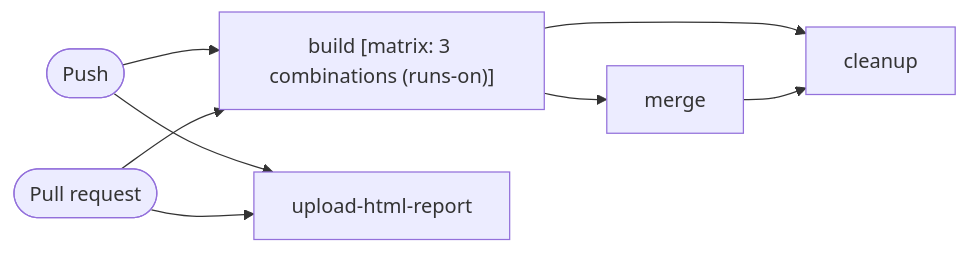
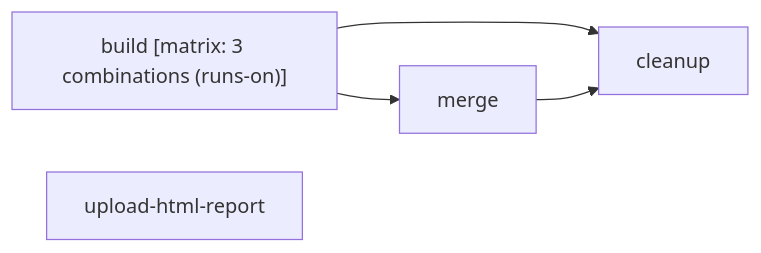
Before and after one commit to bhagatshivam/what-is-my-pipeline-doing: the diagram in tests/golden/upload_artifact_test.md, drawn with Mermaid. The commit also changed other lines of this file and 27 other files, not shown here.

````diff
--- a/tests/golden/upload_artifact_test.md
+++ b/tests/golden/upload_artifact_test.md
@@ -46,16 +56,10 @@
 ```mermaid
 flowchart LR
-    trigger_0(["Push"])
-    trigger_1(["Pull request"])
     build["build [matrix: 3 combinations (runs-on)]"]
     upload-html-report["upload-html-report"]
     merge["merge"]
     cleanup["cleanup"]
-    trigger_0 --> build
-    trigger_0 --> upload-html-report
-    trigger_1 --> build
-    trigger_1 --> upload-html-report
     build --> merge
     build --> cleanup
     merge --> cleanup
 ```
````
